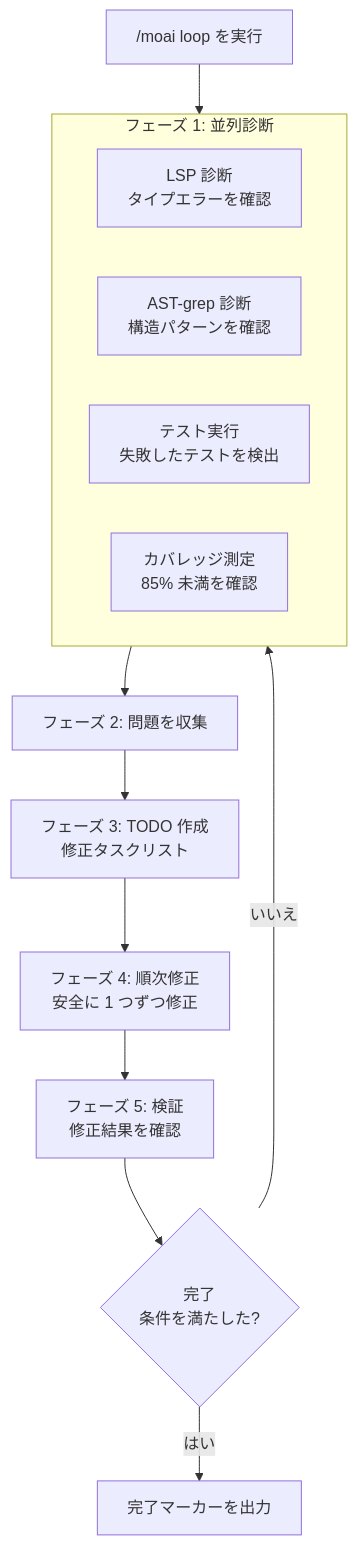
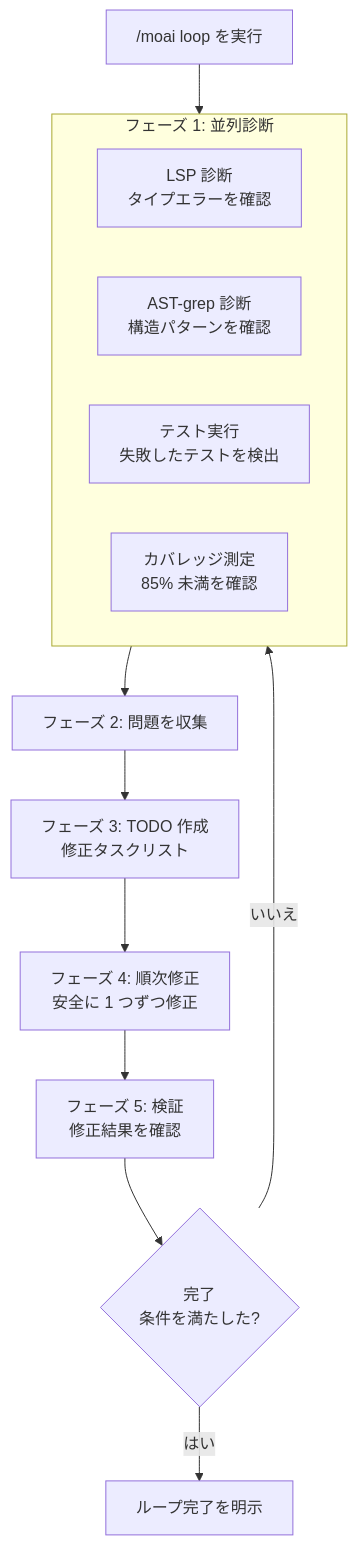
One commit to modu-ai/moai-adk changed the first of 4 diagrams in docs-site/content/ja/utility-commands/moai-loop.md. Above: the diagram before and after it, drawn with Mermaid. The commit also changed 17 other files, not shown here.

````diff
--- a/docs-site/content/ja/utility-commands/moai-loop.md
+++ b/docs-site/content/ja/utility-commands/moai-loop.md
@@ -63,19 +63,19 @@
 ```mermaid
 flowchart TD
     Start["/moai loop を実行"] --> Diag
 
     subgraph Diag["フェーズ 1: 並列診断"]
         D1["LSP 診断<br/>タイプエラーを確認"]
         D2["AST-grep 診断<br/>構造パターンを確認"]
         D3["テスト実行<br/>失敗したテストを検出"]
         D4["カバレッジ測定<br/>85% 未満を確認"]
     end
 
     Diag --> Collect["フェーズ 2: 問題を収集"]
     Collect --> Todo["フェーズ 3: TODO 作成<br/>修正タスクリスト"]
     Todo --> Fix["フェーズ 4: 順次修正<br/>安全に 1 つずつ修正"]
     Fix --> Verify["フェーズ 5: 検証<br/>修正結果を確認"]
     Verify --> Check{完了<br/>条件を満たした?}
     Check -->|いいえ| Diag
-    Check -->|はい| Done["完了マーカーを出力"]
+    Check -->|はい| Done["ループ完了を明示"]
 ```
````
